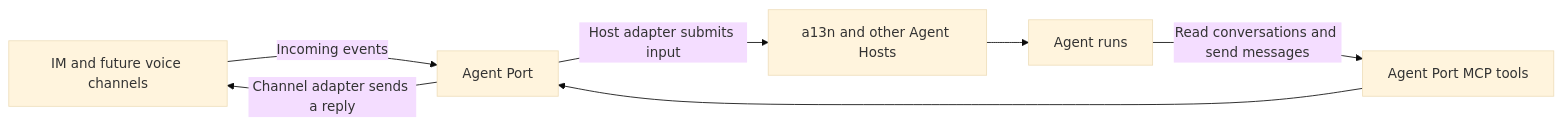
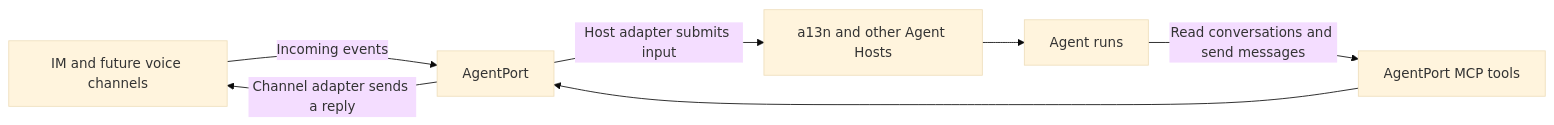
One commit to saurlax/agent-causeway changed the diagram in README.md. Above: the diagram before and after it, drawn with Mermaid (base theme). The commit also changed other lines of this file and 29 other files, not shown here.

Commit message:
refactor(workspace): rename project to AgentPort

````diff
--- a/README.md
+++ b/README.md
@@ -28,9 +28,9 @@
 ```mermaid
 flowchart LR
-    Channels[IM and future voice channels] -->|Incoming events| Gateway[Agent Port]
+    Channels[IM and future voice channels] -->|Incoming events| Gateway[AgentPort]
     Gateway -->|Host adapter submits input| Hosts[a13n and other Agent Hosts]
     Hosts --> Agents[Agent runs]
-    Agents -->|Read conversations and send messages| MCP[Agent Port MCP tools]
+    Agents -->|Read conversations and send messages| MCP[AgentPort MCP tools]
     MCP --> Gateway
     Gateway -->|Channel adapter sends a reply| Channels
 ```
````
